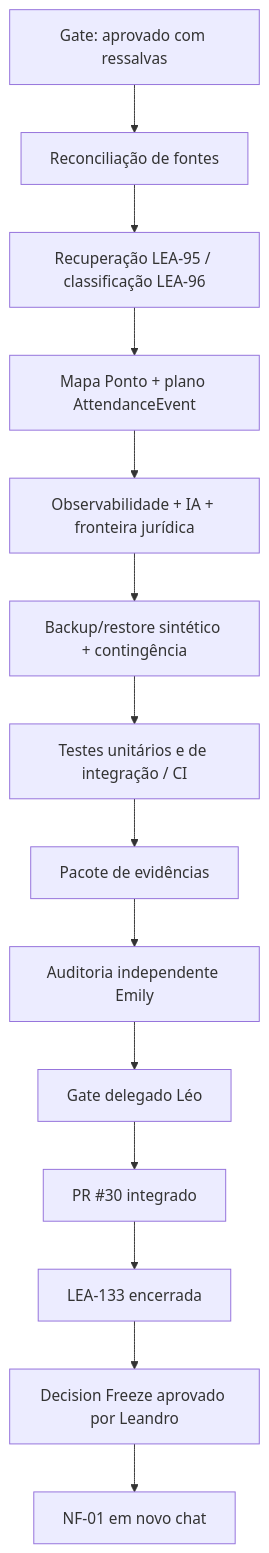
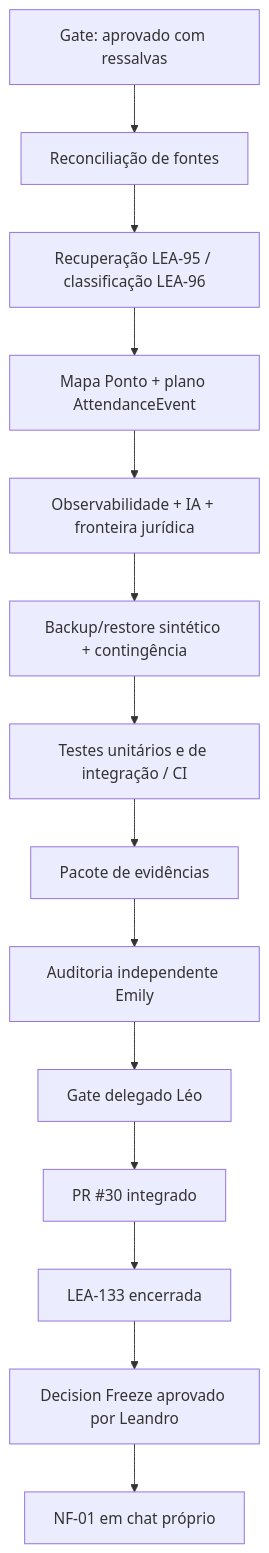
Before and after one commit to leon337/reconhecimento_facial: the diagram in ROADMAP_CURRENT.md, drawn with Mermaid. The commit also changed other lines of this file, not shown here.

Commit message:
docs(nf-01): sincronizar roadmap pre-gate

````diff
--- a/ROADMAP_CURRENT.md
+++ b/ROADMAP_CURRENT.md
@@ -31,16 +32,16 @@
 ```mermaid
 flowchart TD
     A[Gate: aprovado com ressalvas] --> B[Reconciliação de fontes]
     B --> C[Recuperação LEA-95 / classificação LEA-96]
     C --> D[Mapa Ponto + plano AttendanceEvent]
     D --> E[Observabilidade + IA + fronteira jurídica]
     E --> F[Backup/restore sintético + contingência]
     F --> G[Testes unitários e de integração / CI]
     G --> H[Pacote de evidências]
     H --> I[Auditoria independente Emily]
     I --> J[Gate delegado Léo]
     J --> K[PR #30 integrado]
     K --> L[LEA-133 encerrada]
     L --> M[Decision Freeze aprovado por Leandro]
-    M --> N[NF-01 em novo chat]
+    M --> N[NF-01 em chat próprio]
 ```
````
